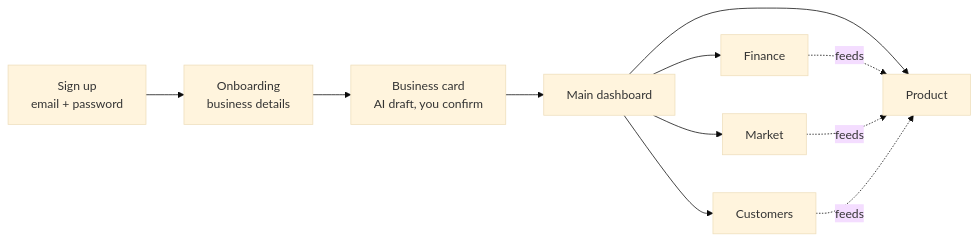
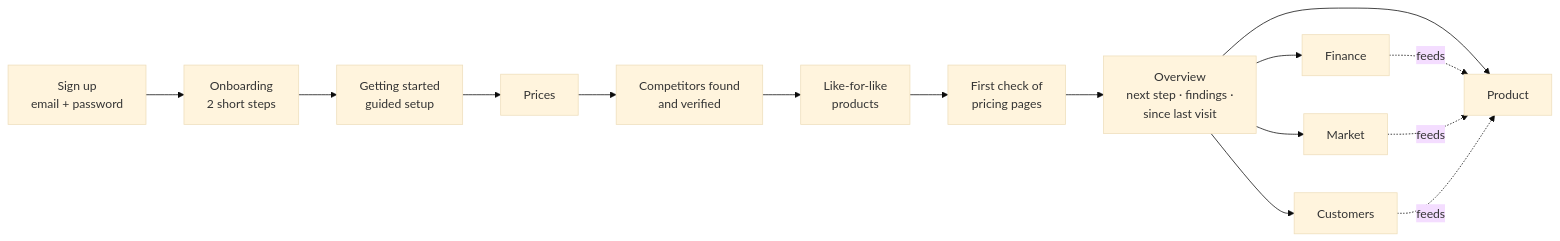
Before and after one commit to Niranjan-cyber/rivallens: the first of 5 diagrams in docs/deck/PPT-CONTENT.md, drawn with Mermaid (base theme). The commit also changed other lines of this file and 1 other file, not shown here.

Commit message:
Deck content updated for the final version; finalVersion.md: features, what's real, limits, architecture, stack, major files

````diff
--- a/docs/deck/PPT-CONTENT.md
+++ b/docs/deck/PPT-CONTENT.md
@@ -68,13 +70,17 @@
 ```mermaid
 flowchart LR
-  A[Sign up<br/>email + password] --> B[Onboarding<br/>business details]
-  B --> C[Business card<br/>AI draft, you confirm]
-  C --> D[Main dashboard]
+  A[Sign up<br/>email + password] --> B[Onboarding<br/>2 short steps]
+  B --> C[Getting started<br/>guided setup]
+  C --> C1[Prices]
+  C1 --> C2[Competitors found<br/>and verified]
+  C2 --> C3[Like-for-like<br/>products]
+  C3 --> C4[First check of<br/>pricing pages]
+  C4 --> D[Overview<br/>next step · findings ·<br/>since last visit]
   D --> P[Product]
   D --> M[Finance]
   D --> K[Market]
   D --> U[Customers]
   M -.feeds.-> P
   K -.feeds.-> P
   U -.feeds.-> P
 ```
````
